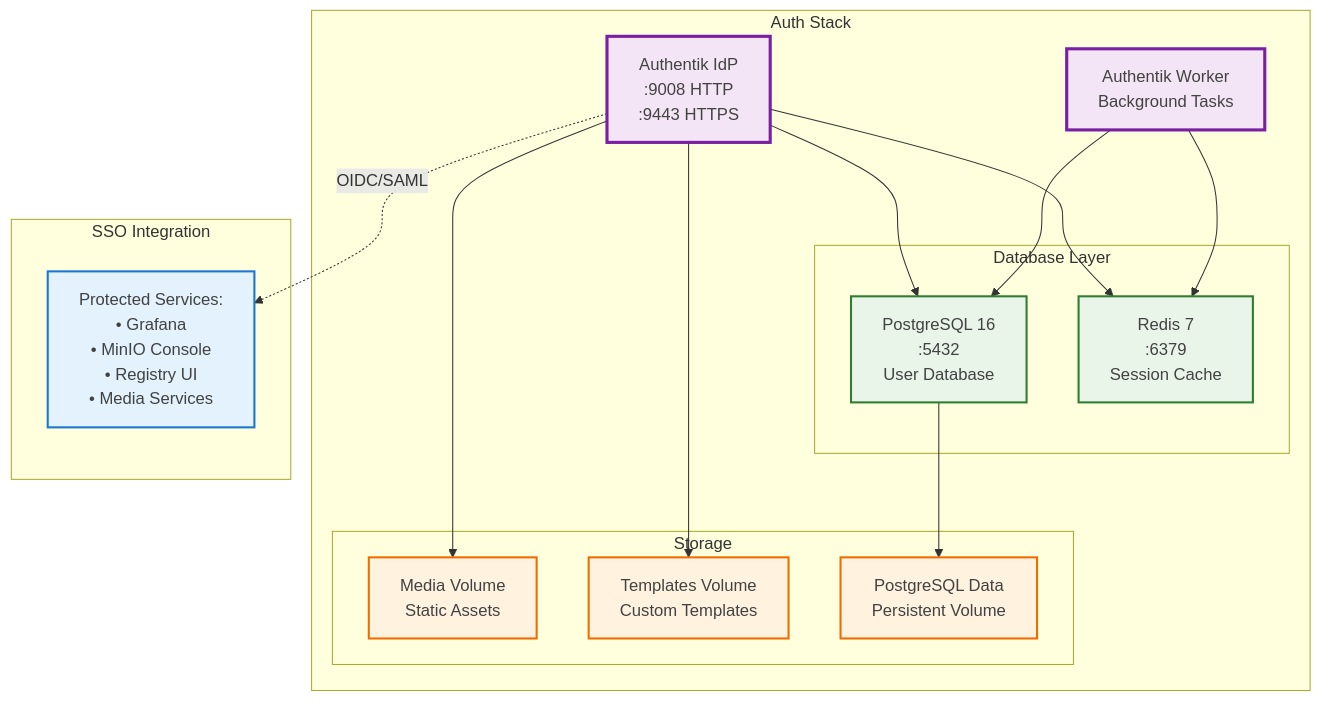
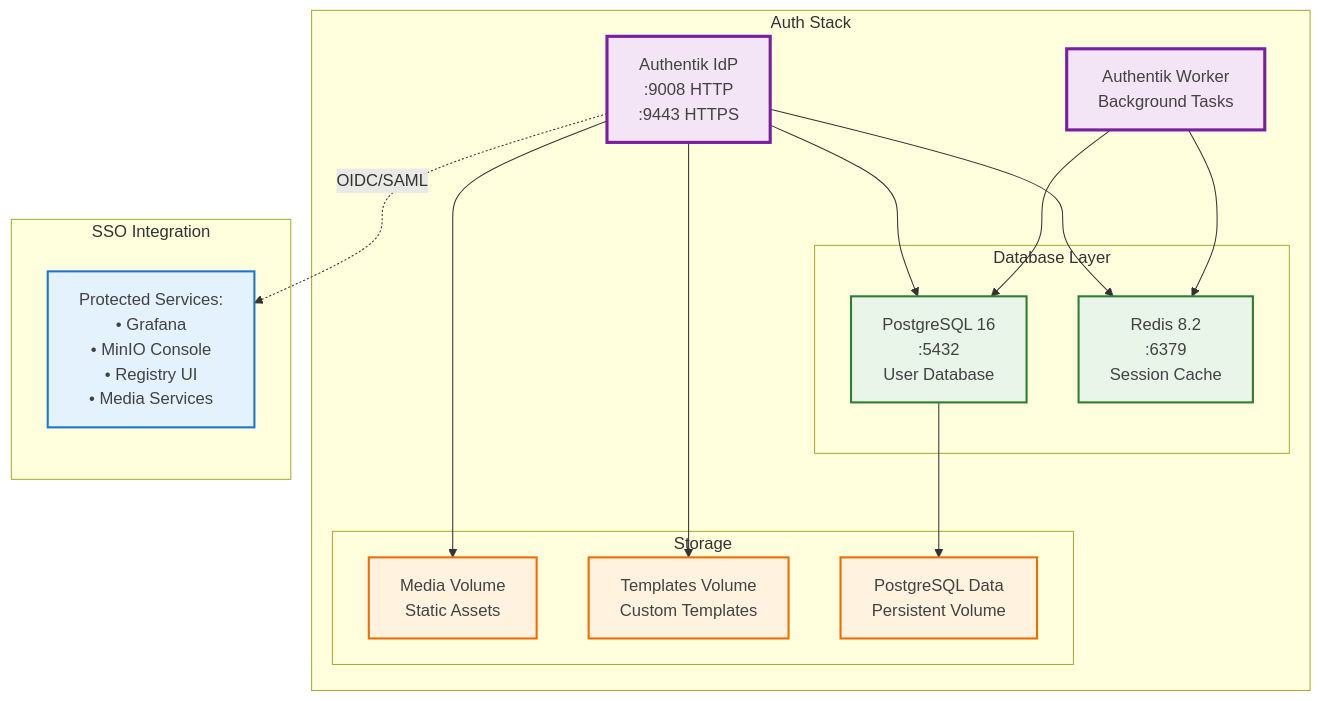
The diagram in docs/stacks/authentik.md (mkm29/registry), drawn with Mermaid before and after one commit. The commit also changed other lines of this file and 98 other files, not shown here.

````diff
--- a/docs/stacks/authentik.md
+++ b/docs/stacks/authentik.md
@@ -5,46 +5,46 @@
 ```mermaid
 graph TB
     subgraph "Auth Stack"
         Authentik[Authentik IdP<br/>:9008 HTTP<br/>:9443 HTTPS]
         Worker[Authentik Worker<br/>Background Tasks]
 
         subgraph "Database Layer"
             PostgreSQL[PostgreSQL 16<br/>:5432<br/>User Database]
-            Redis[Redis 7<br/>:6379<br/>Session Cache]
+            Redis[Redis 8.2<br/>:6379<br/>Session Cache]
         end
 
         subgraph "Storage"
             Media[Media Volume<br/>Static Assets]
             Templates[Templates Volume<br/>Custom Templates]
             PGData[PostgreSQL Data<br/>Persistent Volume]
         end
     end
 
     subgraph "SSO Integration"
         Services["`Protected Services:
         • Grafana
         • MinIO Console
         • Registry UI
         • Media Services`"]
     end
 
     Authentik --> PostgreSQL
     Authentik --> Redis
     Worker --> PostgreSQL
     Worker --> Redis
     Authentik --> Media
     Authentik --> Templates
     PostgreSQL --> PGData
 
     Authentik -.->|OIDC/SAML| Services
 
     classDef auth fill:#f3e5f5,stroke:#7b1fa2,stroke-width:3px,color:#424242
     classDef database fill:#e8f5e8,stroke:#2e7d32,stroke-width:2px,color:#424242
     classDef storage fill:#fff3e0,stroke:#ef6c00,stroke-width:2px,color:#424242
     classDef services fill:#e3f2fd,stroke:#1976d2,stroke-width:2px,color:#424242
 
     class Authentik,Worker auth
     class PostgreSQL,Redis database
     class Media,Templates,PGData storage
     class Services services
 ```
````
